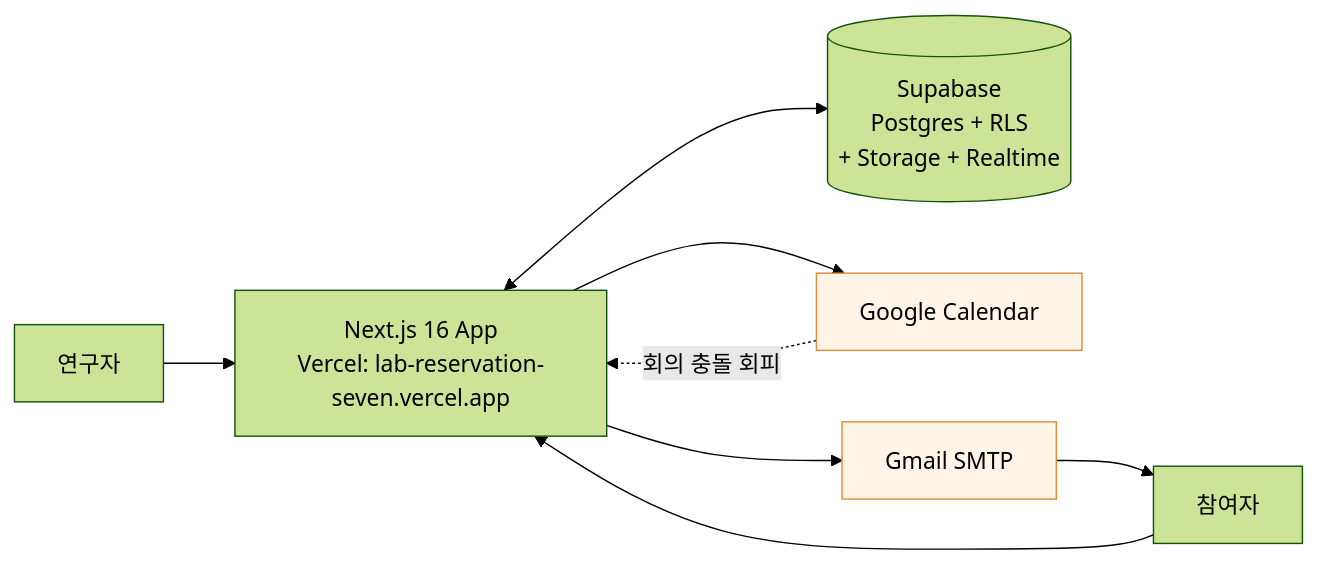
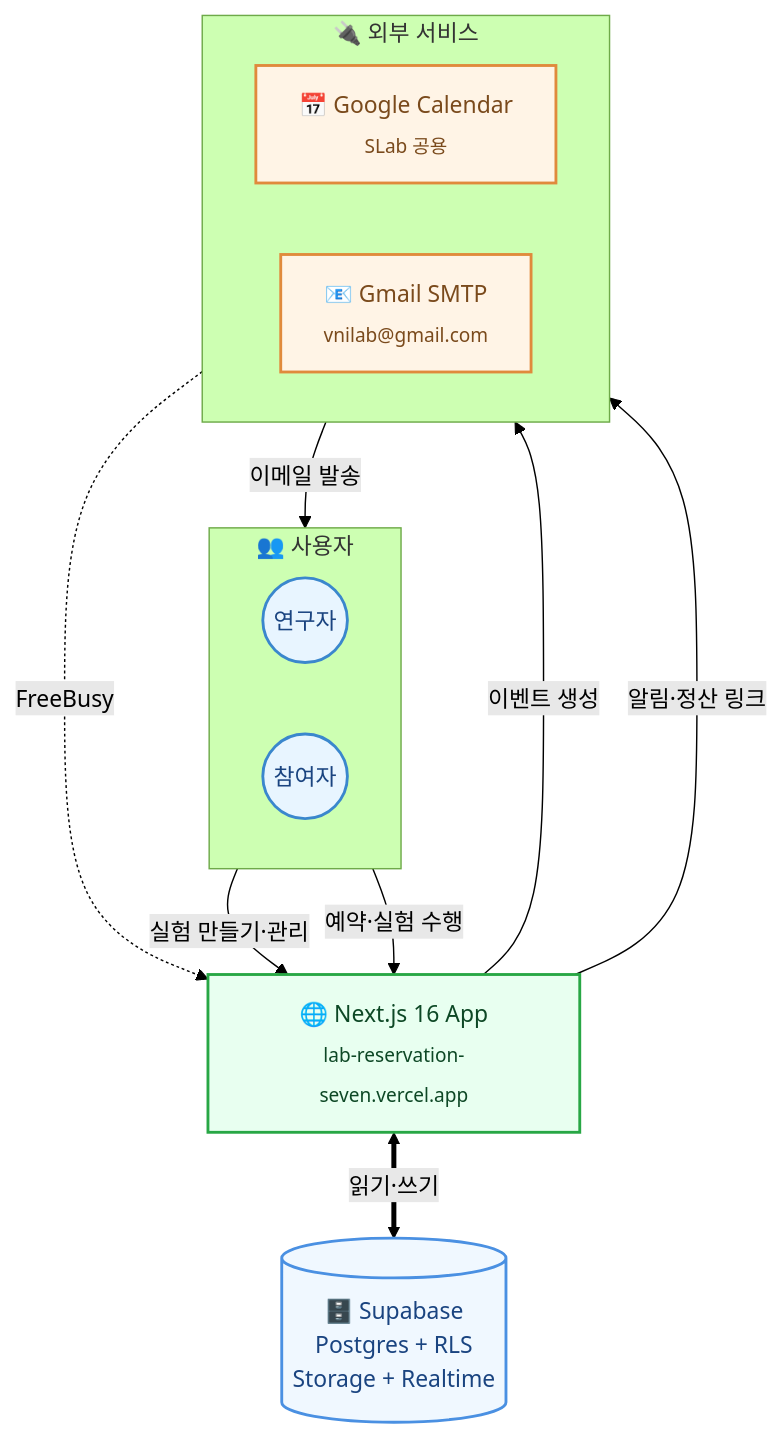
Before and after one commit to CSNL-vnilab/Exp_Platform_by_Joonoh: the diagram in README.md, drawn with Mermaid (forest theme). The commit also changed 2 other files, not shown here.

Commit message:
diagrams: redesign 3종 (4-tier color, TB+subgraphs, accurate labels)
Visual issues fixed in mermaid diagrams:
  - 1a 의 GC 화살표 라벨이 효과("회의 충돌 회피")가 아니라 데이터("FreeBusy")
  - 1a/1b 모두 LR → TB 로 전환, Users / External 등 subgraph 그룹핑
  - actor (ellipse) / app (rounded-rect) / store (cylinder) 도형 변별
  - 4-tier 컬러링 (actor/app/store/external) → 7-tier (1b 는 추가로 provider/cron/warn)
  - GCal description PII 노출 지점은 warn 클래스로 빨간 단독 강조
  - 1b 의 multi-source 화살표 (A & B & C --> D) 분리해서 렌더 안정성 ↑
  - 3 의 outbox 재시도 루프를 굵은 == 화살표로 강조
  - 3 의 PII 중복지점 (Mirrors subgraph) 단일 색 → GCal 만 warn

Adds docs/handoff/drawio-conversion-prompt.md — 다음 Claude Code 세션
이 @drawio/mcp 로 mermaid 를 .drawio + .svg 로 변환하는 self-contained
지시문. 컨텍스트 회복 + 디자인 규칙 + 검증 절차 + 완료 정의 포함.

````diff
--- a/README.md
+++ b/README.md
@@ -11,14 +11,35 @@
 ```mermaid
-flowchart LR
-  R[연구자] --> WEB
-  P[참여자] --> WEB
-  WEB[Next.js 16 App<br/>Vercel: lab-reservation-seven.vercel.app]
-  WEB <--> DB[(Supabase<br/>Postgres + RLS<br/>+ Storage + Realtime)]
-  WEB --> GC[Google Calendar]
-  WEB --> GM[Gmail SMTP]
-  GM --> P
-  GC -. 회의 충돌 회피 .-> WEB
+flowchart TB
+  subgraph Users["👥 사용자"]
+    direction LR
+    R(("연구자"))
+    P(("참여자"))
+  end
 
-  classDef external fill:#fff4e6,stroke:#e08a3c
+  WEB["🌐 Next.js 16 App<br/><sub>lab-reservation-seven.vercel.app</sub>"]
+
+  DB[("🗄️ Supabase<br/>Postgres + RLS<br/>Storage + Realtime")]
+
+  subgraph External["🔌 외부 서비스"]
+    direction LR
+    GC["📅 Google Calendar<br/><sub>SLab 공용</sub>"]
+    GM["📧 Gmail SMTP<br/><sub>vnilab@gmail.com</sub>"]
+  end
+
+  R -- "실험 만들기·관리" --> WEB
+  P -- "예약·실험 수행" --> WEB
+  WEB <== "읽기·쓰기" ==> DB
+  WEB -- "이벤트 생성" --> GC
+  GC -. "FreeBusy" .-> WEB
+  WEB -- "알림·정산 링크" --> GM
+  GM -- "이메일 발송" --> P
+
+  classDef actor fill:#e8f5ff,stroke:#3a87cd,stroke-width:2px,color:#1a4480
+  classDef app fill:#e8fff0,stroke:#28a745,stroke-width:2px,color:#0d4825
+  classDef store fill:#f0f8ff,stroke:#4a90e2,stroke-width:2px,color:#1a4480
+  classDef external fill:#fff4e6,stroke:#e08a3c,stroke-width:2px,color:#7a4a1c
+  class R,P actor
+  class WEB app
+  class DB store
   class GC,GM external
 ```
````
